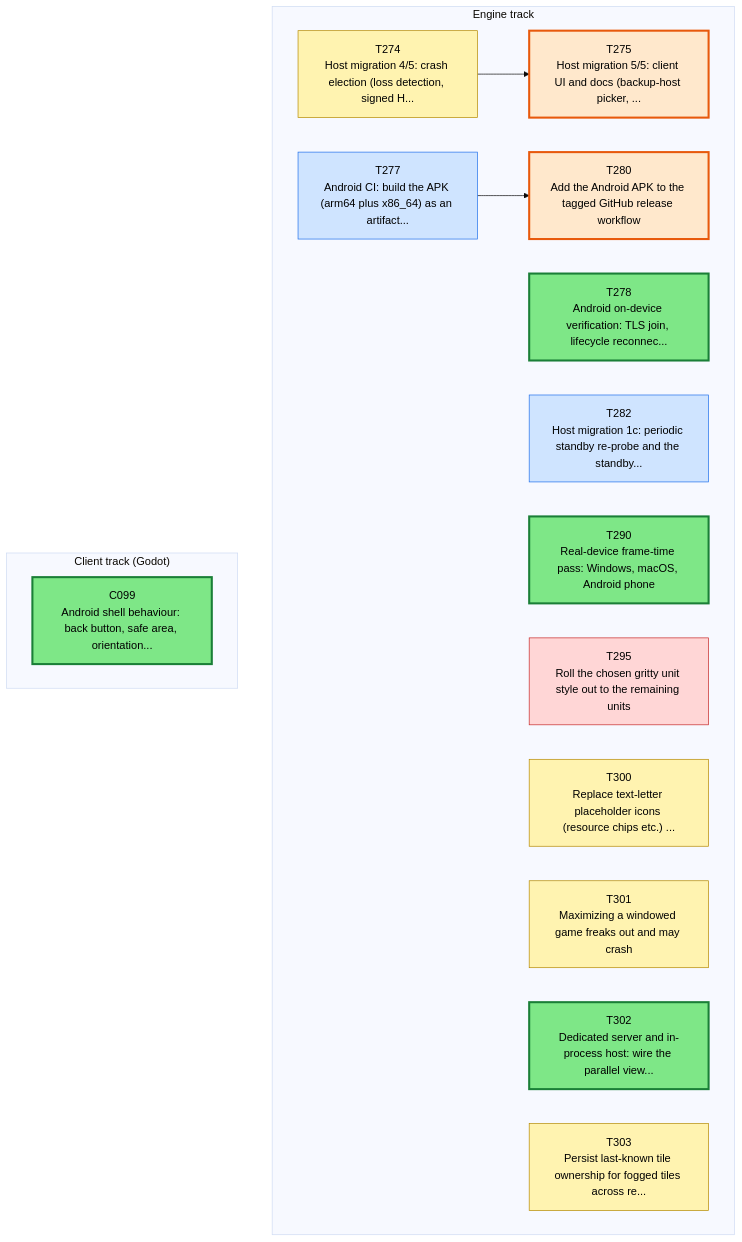
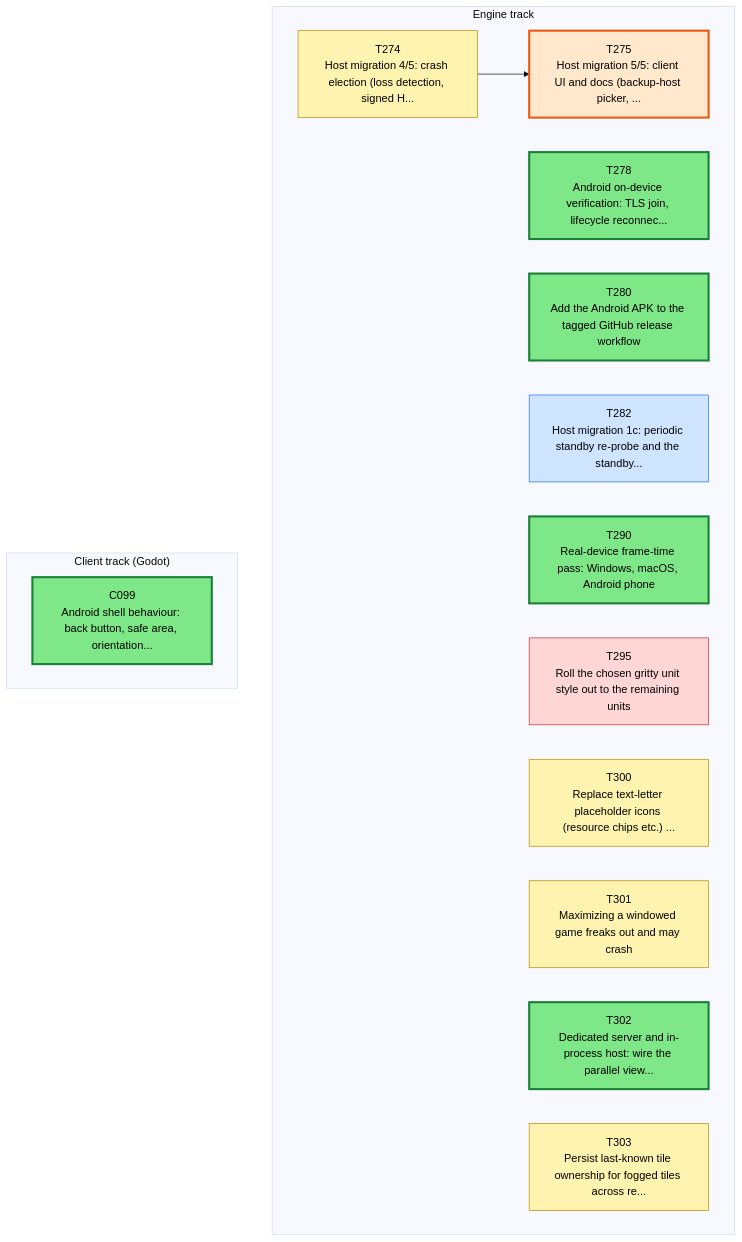
One commit to Kenmura/Unciv changed the first of 3 diagrams in csharp/migration/DEPENDENCY_MAP.md. Above: the diagram before and after it, drawn with Mermaid (base theme). The commit also changed other lines of this file and 1 other file, not shown here.

````diff
--- a/csharp/migration/DEPENDENCY_MAP.md
+++ b/csharp/migration/DEPENDENCY_MAP.md
@@ -35,42 +35,39 @@
 ```mermaid
 flowchart TD
   subgraph TTRACK["Engine track"]
     T274["T274<br/>Host migration 4/5: crash election (loss detection, signed H..."]
     T275["T275<br/>Host migration 5/5: client UI and docs (backup-host picker, ..."]
-    T277["T277<br/>Android CI: build the APK (arm64 plus x86_64) as an artifact..."]
     T278["T278<br/>Android on-device verification: TLS join, lifecycle reconnec..."]
     T280["T280<br/>Add the Android APK to the tagged GitHub release workflow"]
     T282["T282<br/>Host migration 1c: periodic standby re-probe and the standby..."]
     T290["T290<br/>Real-device frame-time pass: Windows, macOS, Android phone"]
     T295["T295<br/>Roll the chosen gritty unit style out to the remaining units"]
     T300["T300<br/>Replace text-letter placeholder icons (resource chips etc.) ..."]
     T301["T301<br/>Maximizing a windowed game freaks out and may crash"]
     T302["T302<br/>Dedicated server and in-process host: wire the parallel view..."]
     T303["T303<br/>Persist last-known tile ownership for fogged tiles across re..."]
   end
   subgraph CTRACK["Client track (Godot)"]
     C099["C099<br/>Android shell behaviour: back button, safe area, orientation..."]
   end
   T274 --> T275
-  T277 --> T280
   classDef waiting fill:#f3faf3,stroke:#9bc49b,color:#555,stroke-dasharray:2 2
   classDef ondeck fill:#ffe8cc,stroke:#e8590c,stroke-width:3px,color:#000
   classDef ready fill:#7ee787,stroke:#1a7f37,stroke-width:3px,color:#000
   classDef prog fill:#fff3b0,stroke:#b58900,color:#000
   classDef review fill:#cfe4ff,stroke:#1f6feb,color:#000
   classDef blocked fill:#ffd6d6,stroke:#c62828,color:#000
   classDef done fill:#eeeeee,stroke:#999999,color:#666,stroke-dasharray:4 3
   class C099 ready
   class T274 prog
   class T275 ondeck
-  class T277 review
   class T278 ready
-  class T280 ondeck
+  class T280 ready
   class T282 review
   class T290 ready
   class T295 blocked
   class T300 prog
   class T301 prog
   class T302 ready
   class T303 prog
 ```
````
